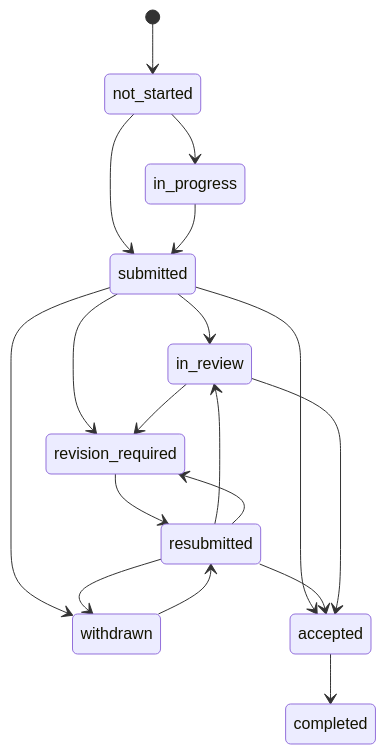
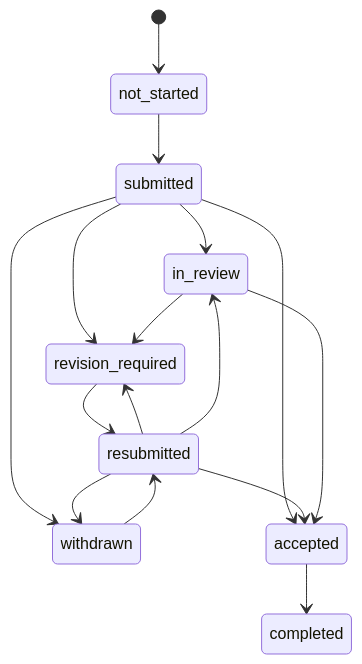
The second of 2 diagrams in docs/assignment-workflow.md (Egor051/atlas-university), drawn with Mermaid before and after one commit. The commit also changed other lines of this file and 70 other files, not shown here.

````diff
--- a/docs/assignment-workflow.md
+++ b/docs/assignment-workflow.md
@@ -36,20 +42,18 @@
 ```mermaid
 stateDiagram-v2
     [*] --> not_started
-    not_started --> in_progress
     not_started --> submitted
-    in_progress --> submitted
     submitted --> in_review
     submitted --> withdrawn
+    resubmitted --> withdrawn
+    submitted --> revision_required
+    resubmitted --> revision_required
+    in_review --> revision_required
     withdrawn --> resubmitted
-    submitted --> revision_required
-    in_review --> revision_required
     revision_required --> resubmitted
     resubmitted --> in_review
-    resubmitted --> withdrawn
-    resubmitted --> revision_required
     submitted --> accepted
     resubmitted --> accepted
     in_review --> accepted
     accepted --> completed
 ```
````
